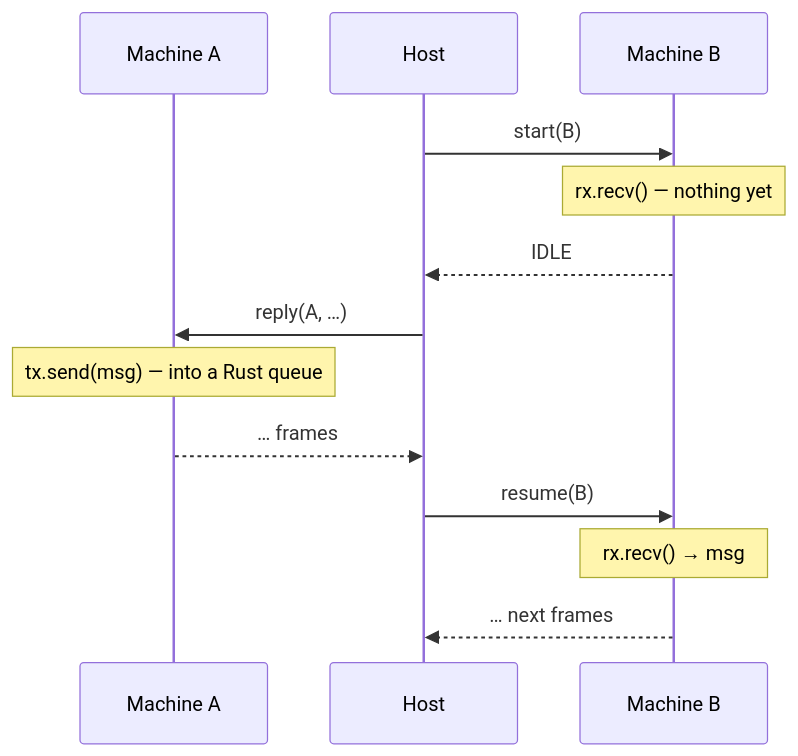
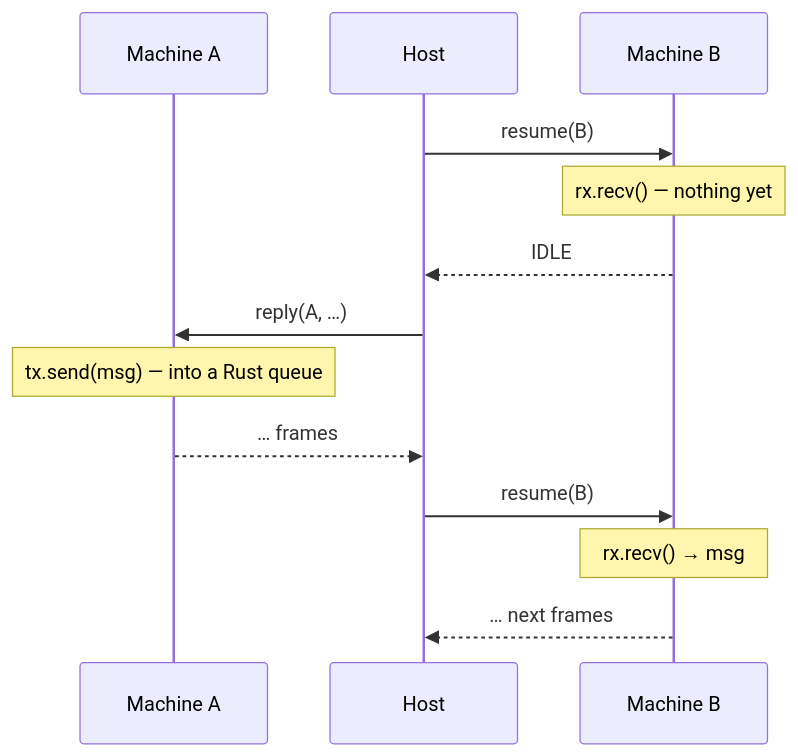
The diagram in design/channels.md (inkandswitch/sans-effort), drawn with Mermaid before and after one commit. The commit also changed other lines of this file and 49 other files, not shown here.

````diff
--- a/design/channels.md
+++ b/design/channels.md
@@ -24,16 +24,16 @@
 ```mermaid
 sequenceDiagram
     participant A as Machine A
     participant H as Host
     participant B as Machine B
 
-    H->>B: start(B)
+    H->>B: resume(B)
     Note over B: rx.recv() — nothing yet
     B-->>H: IDLE
     H->>A: reply(A, …)
     Note over A: tx.send(msg) — into a Rust queue
     A-->>H: … frames
     H->>B: resume(B)
     Note over B: rx.recv() → msg
     B-->>H: … next frames
 ```
````
